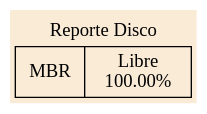
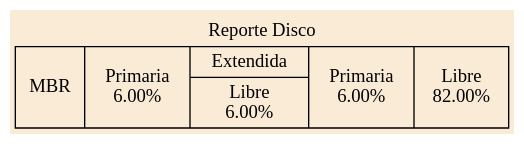
Before and after one commit to Ssolares0/MIA_P1_202004822: the diagram in Reportes/ReporteDisk.dot, drawn with Graphviz. The commit also changed 8 other files, not shown here.

```diff
--- a/Reportes/ReporteDisk.dot
+++ b/Reportes/ReporteDisk.dot
@@ -1,2 +1,2 @@
-digraph grid {bgcolor="antiquewhite" fontname="Comic Sans MS " label=" Reporte Disco"Alayout=dot labelloc = "t"edge [weigth=1000 style=dashed color=red4 dir = "both" arrowtail="open" arrowhead="open"]node[shape=record, color=black]a0[label="MBR|Libre\n100.00%\n"];
+digraph grid {bgcolor="antiquewhite" fontname="Comic Sans MS " label=" Reporte Disco"Alayout=dot labelloc = "t"edge [weigth=1000 style=dashed color=red4 dir = "both" arrowtail="open" arrowhead="open"]node[shape=record, color=black]a0[label="MBR|Primaria\n6.00%\n|{Extendida|Libre\n6.00%\n}|Primaria\n6.00%\n|Libre\n82.00%\n"];
 }
```
